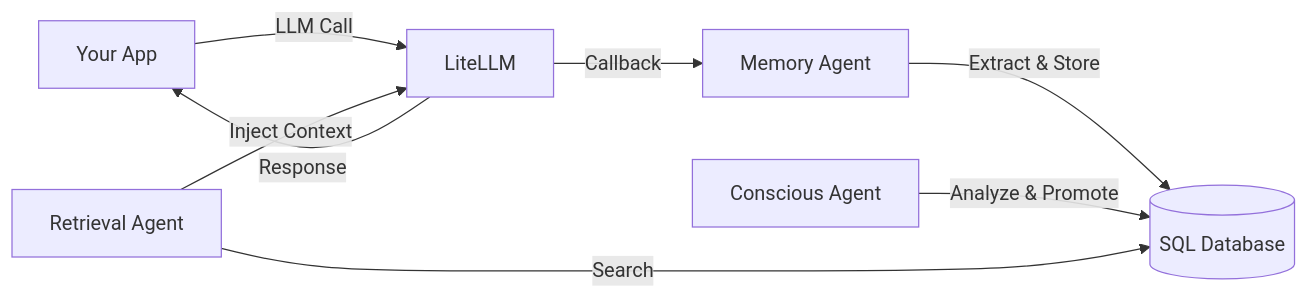
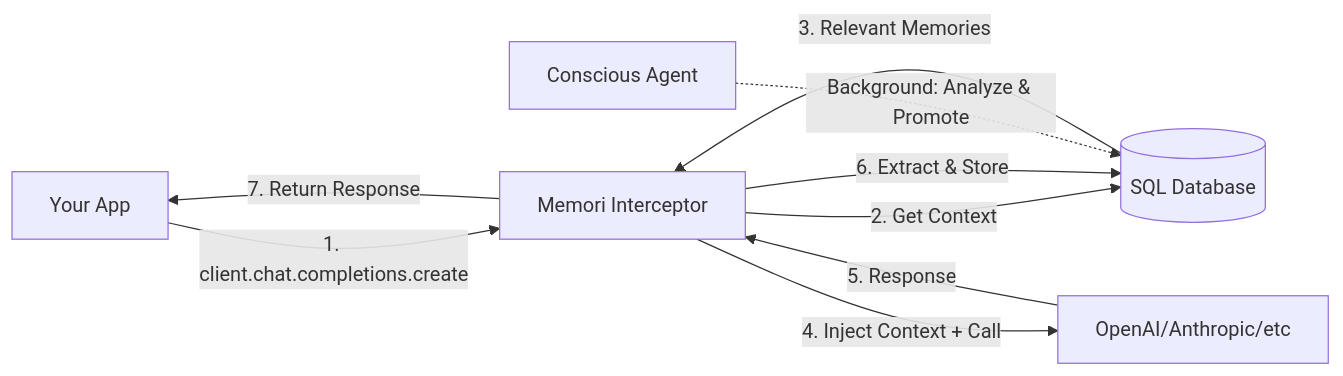
One commit to GibsonAI/memori changed the diagram in README.md. Above: the diagram before and after it, drawn with Mermaid. The commit also changed other lines of this file, not shown here.

````diff
--- a/README.md
+++ b/README.md
@@ -168,10 +170,12 @@
 ```mermaid
 graph LR
-    A[Your App] -->|LLM Call| B[LiteLLM]
-    B -->|Callback| C[Memory Agent]
-    C -->|Extract & Store| D[(SQL Database)]
-    E[Conscious Agent] -->|Analyze & Promote| D
-    F[Retrieval Agent] -->|Search| D
-    F -->|Inject Context| B
-    B -->|Response| A
+    A[Your App] -->|1. client.chat.completions.create| B[Memori Interceptor]
+    B -->|2. Get Context| C[(SQL Database)]
+    C -->|3. Relevant Memories| B
+    B -->|4. Inject Context + Call| D[OpenAI/Anthropic/etc]
+    D -->|5. Response| B
+    B -->|6. Extract & Store| C
+    B -->|7. Return Response| A
+
+    E[Conscious Agent] -.->|Background: Analyze & Promote| C
 ```
````
